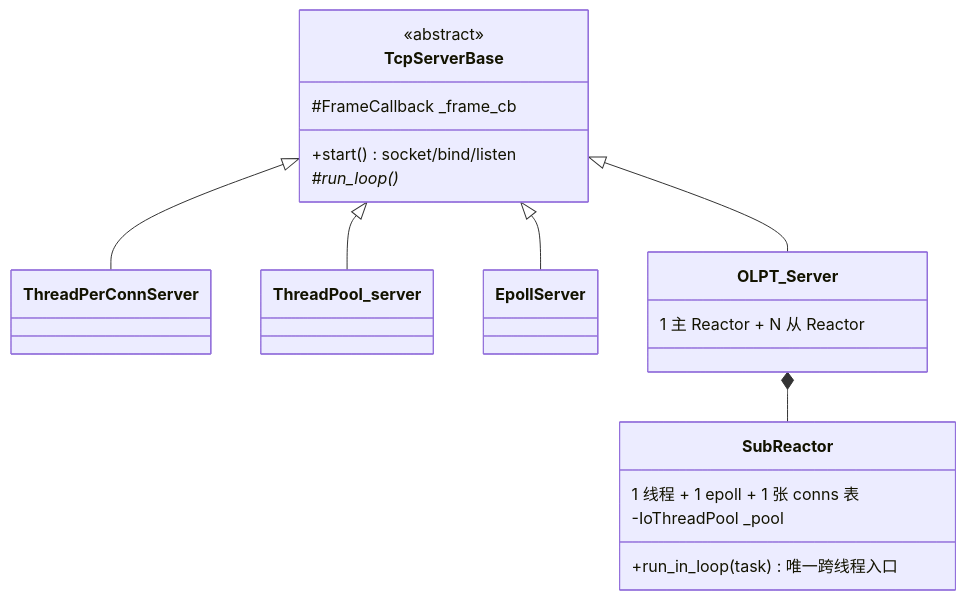
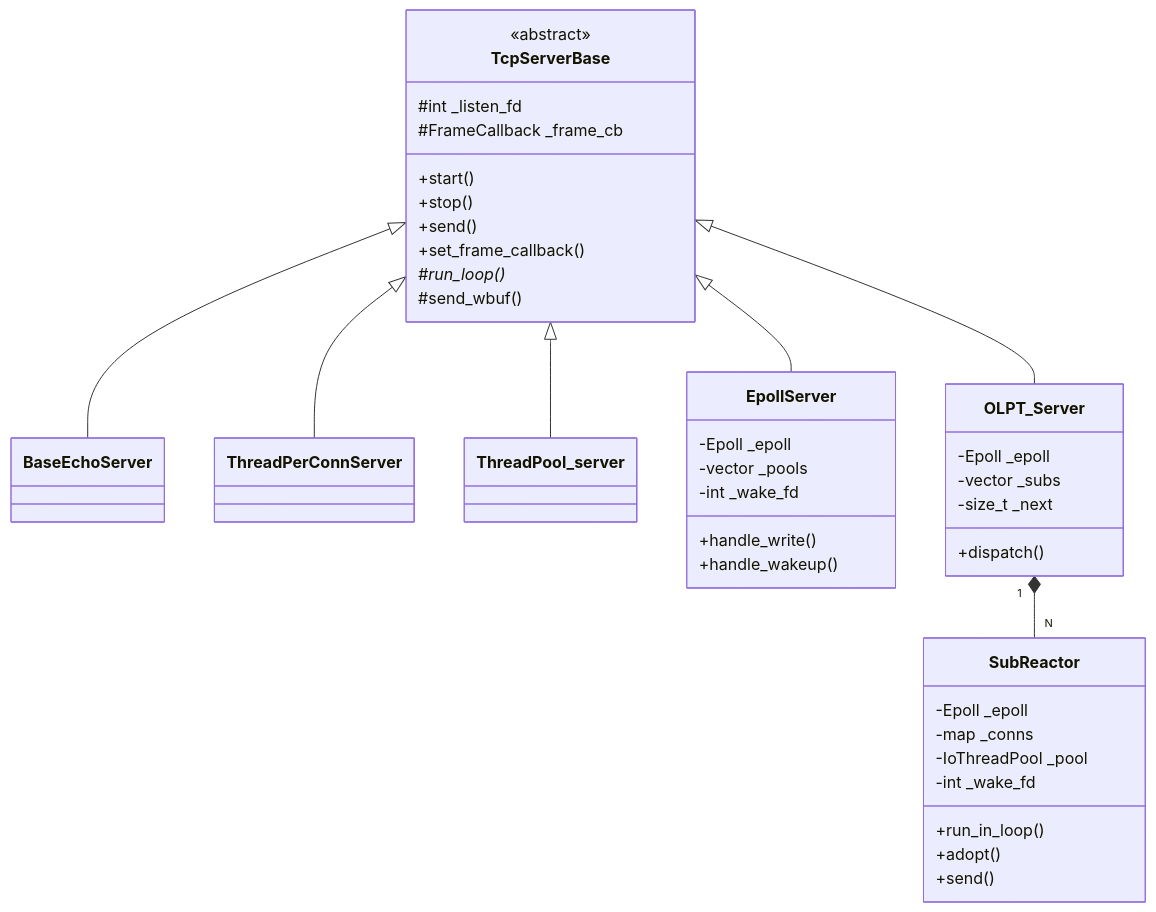
The diagram in README.md (xyt-dc/socket_server), drawn with Mermaid before and after one commit. The commit also changed other lines of this file, not shown here.

Commit message:
docs(readme): 修正架构图错误
- 补上遗漏的第五个模型 BaseEchoServer（base 对照组，在 test/net/）
- EpollServer 补分片业务池 _pools 与 eventfd 回写通道 _wake_fd
- SubReactor 补真实成员（_epoll/_conns/_pool/_wake_fd）与 adopt()
- 类体内的中文自由文本改为合法属性/方法声明，避免 mermaid 渲染异常
- run_loop 是 protected 纯虚，可见性标记从 + 改为 #
- 组合关系标注 1..N 多重性
- 新增「模型 / 实现类 / 线程结构」对照表
- 修正 decod 循环份数：OLPT 落地后是四份不是三份

````diff
--- a/README.md
+++ b/README.md
@@ -53,26 +53,46 @@
 ```mermaid
 classDiagram
     class TcpServerBase {
         <<abstract>>
-        +start() socket/bind/listen
+        #int _listen_fd
+        #FrameCallback _frame_cb
+        +start()
+        +stop()
+        +send()
+        +set_frame_callback()
         #run_loop()*
-        #FrameCallback _frame_cb
+        #send_wbuf()
     }
+    class BaseEchoServer
     class ThreadPerConnServer
     class ThreadPool_server
-    class EpollServer
+    class EpollServer {
+        -Epoll _epoll
+        -vector _pools
+        -int _wake_fd
+        +handle_write()
+        +handle_wakeup()
+    }
     class OLPT_Server {
-        1 主 Reactor + N 从 Reactor
+        -Epoll _epoll
+        -vector _subs
+        -size_t _next
+        +dispatch()
     }
     class SubReactor {
-        1 线程 + 1 epoll + 1 张 conns 表
-        +run_in_loop(task) 唯一跨线程入口
+        -Epoll _epoll
+        -map _conns
         -IoThreadPool _pool
+        -int _wake_fd
+        +run_in_loop()
+        +adopt()
+        +send()
     }
 
+    TcpServerBase <|-- BaseEchoServer
     TcpServerBase <|-- ThreadPerConnServer
     TcpServerBase <|-- ThreadPool_server
     TcpServerBase <|-- EpollServer
     TcpServerBase <|-- OLPT_Server
-    OLPT_Server *-- SubReactor
+    OLPT_Server "1" *-- "N" SubReactor
 ```
````
